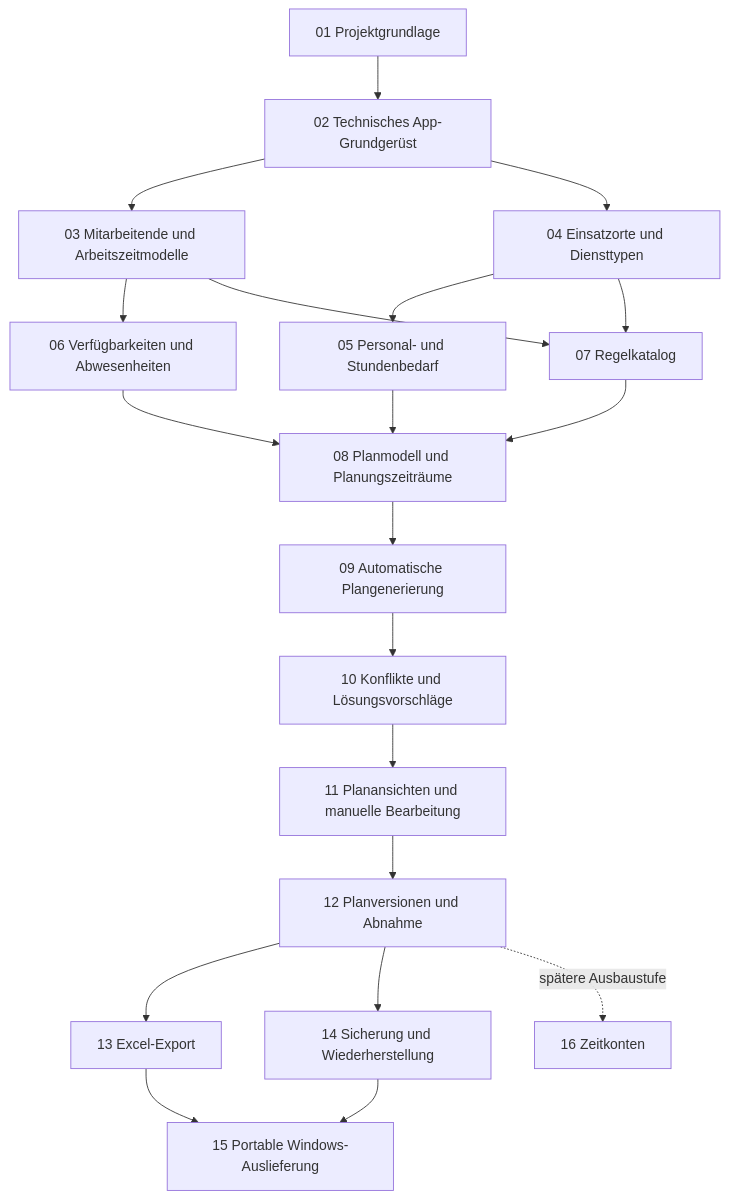
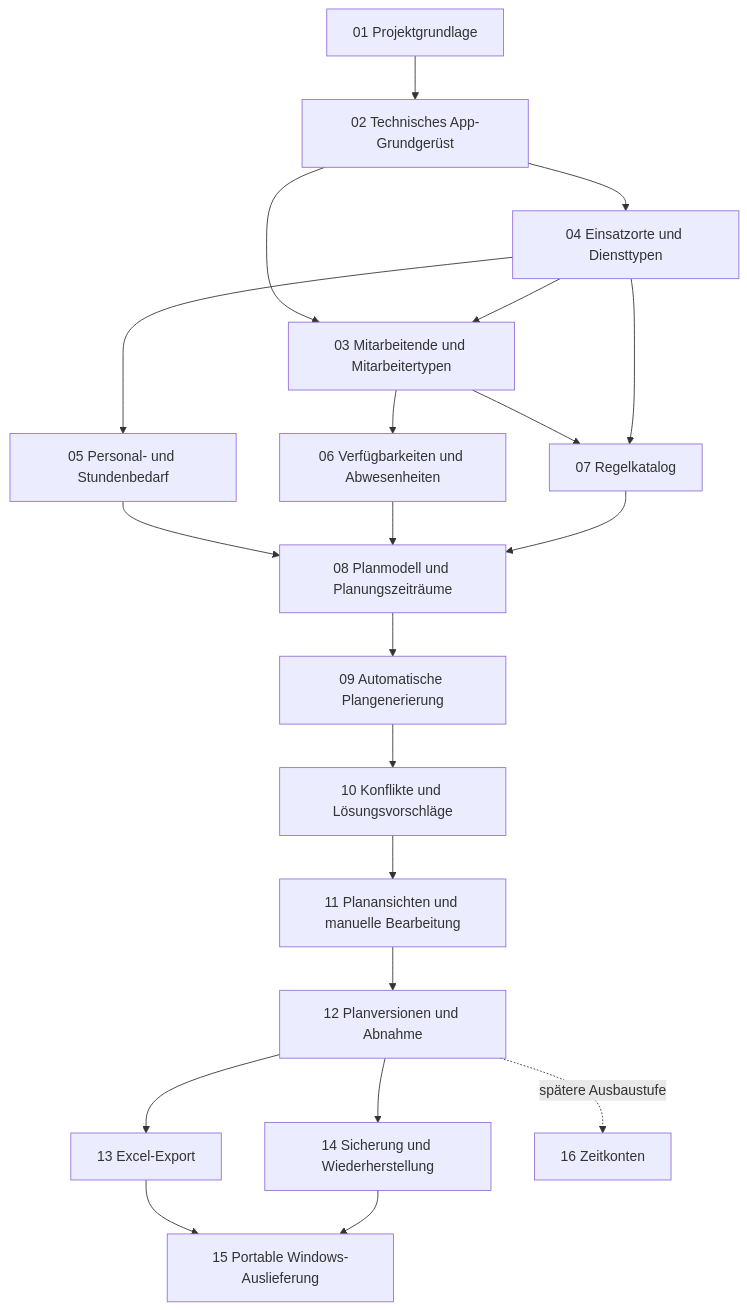
One commit to ZsoltF94/Salztal_Dienstplanung changed the diagram in MASTER_ROADMAP.md. Above: the diagram before and after it, drawn with Mermaid. The commit also changed other lines of this file and 27 other files, not shown here.

Commit message:
employee roadmap updated

````diff
--- a/MASTER_ROADMAP.md
+++ b/MASTER_ROADMAP.md
@@ -33,22 +33,23 @@
 ```mermaid
 flowchart TD
     S01[01 Projektgrundlage] --> S02[02 Technisches App-Grundgerüst]
-    S02 --> S03[03 Mitarbeitende und Arbeitszeitmodelle]
+    S02 --> S03[03 Mitarbeitende und Mitarbeitertypen]
     S02 --> S04[04 Einsatzorte und Diensttypen]
+    S04 --> S03
     S04 --> S05[05 Personal- und Stundenbedarf]
     S03 --> S06[06 Verfügbarkeiten und Abwesenheiten]
     S03 --> S07[07 Regelkatalog]
     S04 --> S07
     S05 --> S08[08 Planmodell und Planungszeiträume]
     S06 --> S08
     S07 --> S08
     S08 --> S09[09 Automatische Plangenerierung]
     S09 --> S10[10 Konflikte und Lösungsvorschläge]
     S10 --> S11[11 Planansichten und manuelle Bearbeitung]
     S11 --> S12[12 Planversionen und Abnahme]
     S12 --> S13[13 Excel-Export]
     S12 --> S14[14 Sicherung und Wiederherstellung]
     S13 --> S15[15 Portable Windows-Auslieferung]
     S14 --> S15
     S12 -. spätere Ausbaustufe .-> S16[16 Zeitkonten]
 ```
````
